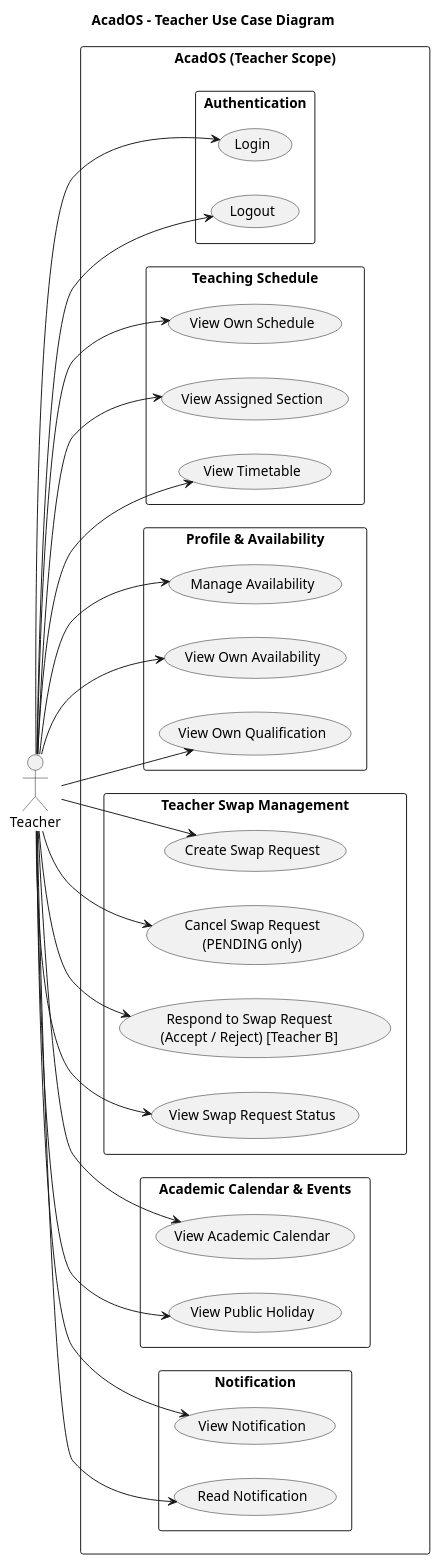
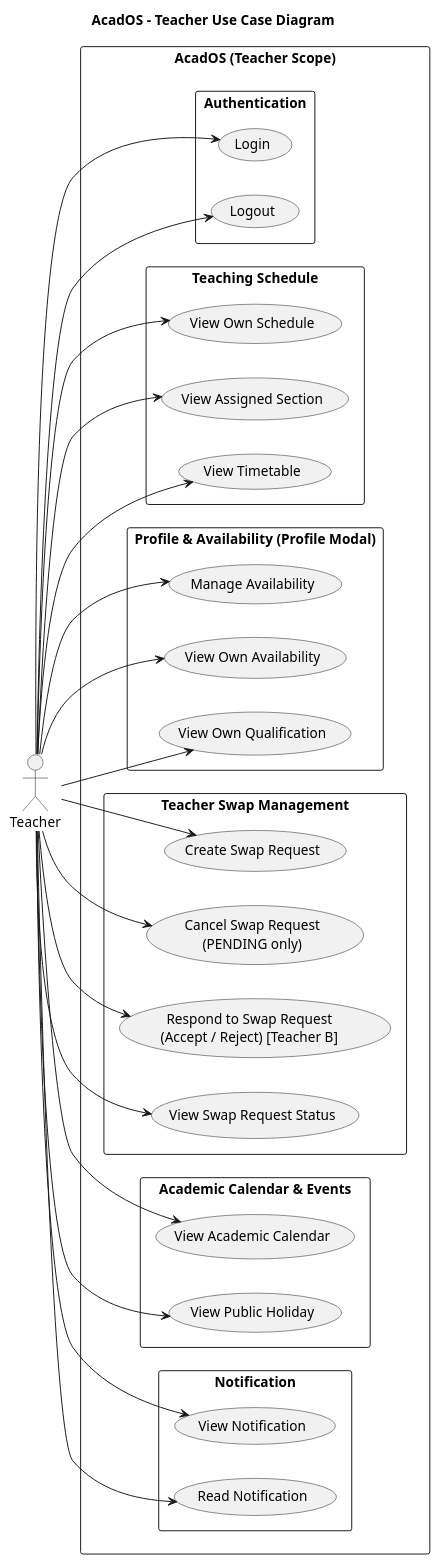
Before and after one commit to synthesixer/AcadOS: the second of 3 diagrams in doc/diagram/Usecase_diagram.md, drawn with PlantUML. The commit also changed other lines of this file and 30 other files, not shown here.

````diff
--- a/doc/diagram/Usecase_diagram.md
+++ b/doc/diagram/Usecase_diagram.md
@@ -148,57 +149,57 @@
 ```plantuml
 @startuml
 title AcadOS - Teacher Use Case Diagram
 left to right direction
 skinparam packageStyle rectangle
 
 actor "Teacher" as Teacher
 
 rectangle "AcadOS (Teacher Scope)" {
     package "Authentication" {
         usecase "Login" as UC_TLogin
         usecase "Logout" as UC_TLogout
     }
     package "Teaching Schedule" {
         usecase "View Own Schedule" as UC_TViewSchedule
         usecase "View Assigned Section" as UC_TViewSection
         usecase "View Timetable" as UC_TViewTimetable
     }
-    package "Profile & Availability" {
+    package "Profile & Availability (Profile Modal)" {
         usecase "Manage Availability" as UC_TManageAvail
         usecase "View Own Availability" as UC_TViewAvail
         usecase "View Own Qualification" as UC_TViewQual
     }
     package "Teacher Swap Management" {
         usecase "Create Swap Request" as UC_TCreateSwap
         usecase "Cancel Swap Request\n(PENDING only)" as UC_TCancelSwap
         usecase "Respond to Swap Request\n(Accept / Reject) [Teacher B]" as UC_TRespondSwap
         usecase "View Swap Request Status" as UC_TViewSwapStatus
     }
     package "Academic Calendar & Events" {
         usecase "View Academic Calendar" as UC_TViewCalendar
         usecase "View Public Holiday" as UC_TViewHoliday
     }
     package "Notification" {
         usecase "View Notification" as UC_TViewNotif
         usecase "Read Notification" as UC_TReadNotif
     }
 }
 
 Teacher --> UC_TLogin
 Teacher --> UC_TLogout
 Teacher --> UC_TViewSchedule
 Teacher --> UC_TViewSection
 Teacher --> UC_TViewTimetable
 Teacher --> UC_TManageAvail
 Teacher --> UC_TViewAvail
 Teacher --> UC_TViewQual
 Teacher --> UC_TCreateSwap
 Teacher --> UC_TCancelSwap
 Teacher --> UC_TRespondSwap
 Teacher --> UC_TViewSwapStatus
 Teacher --> UC_TViewCalendar
 Teacher --> UC_TViewHoliday
 Teacher --> UC_TViewNotif
 Teacher --> UC_TReadNotif
 @enduml
 ```
````
